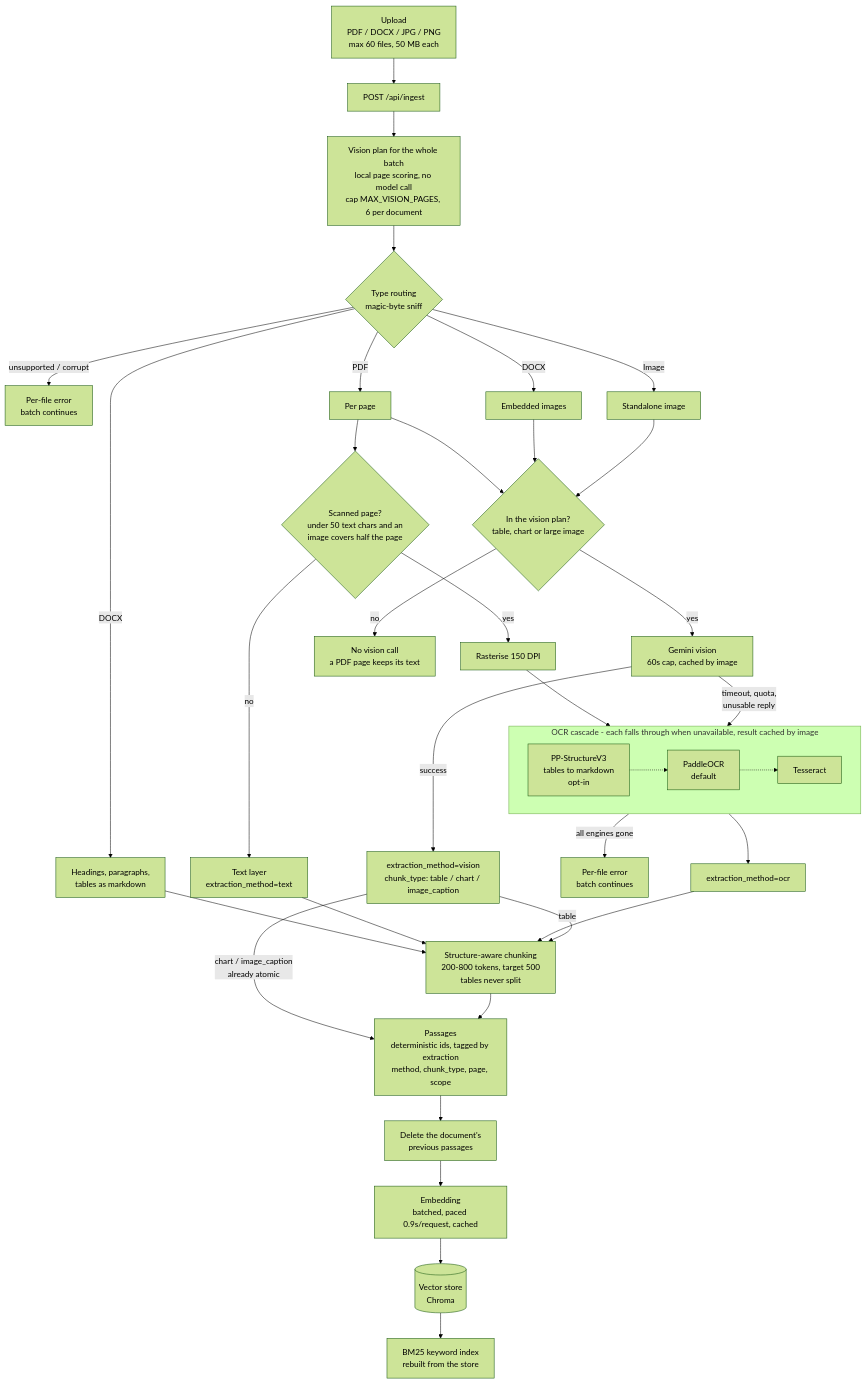
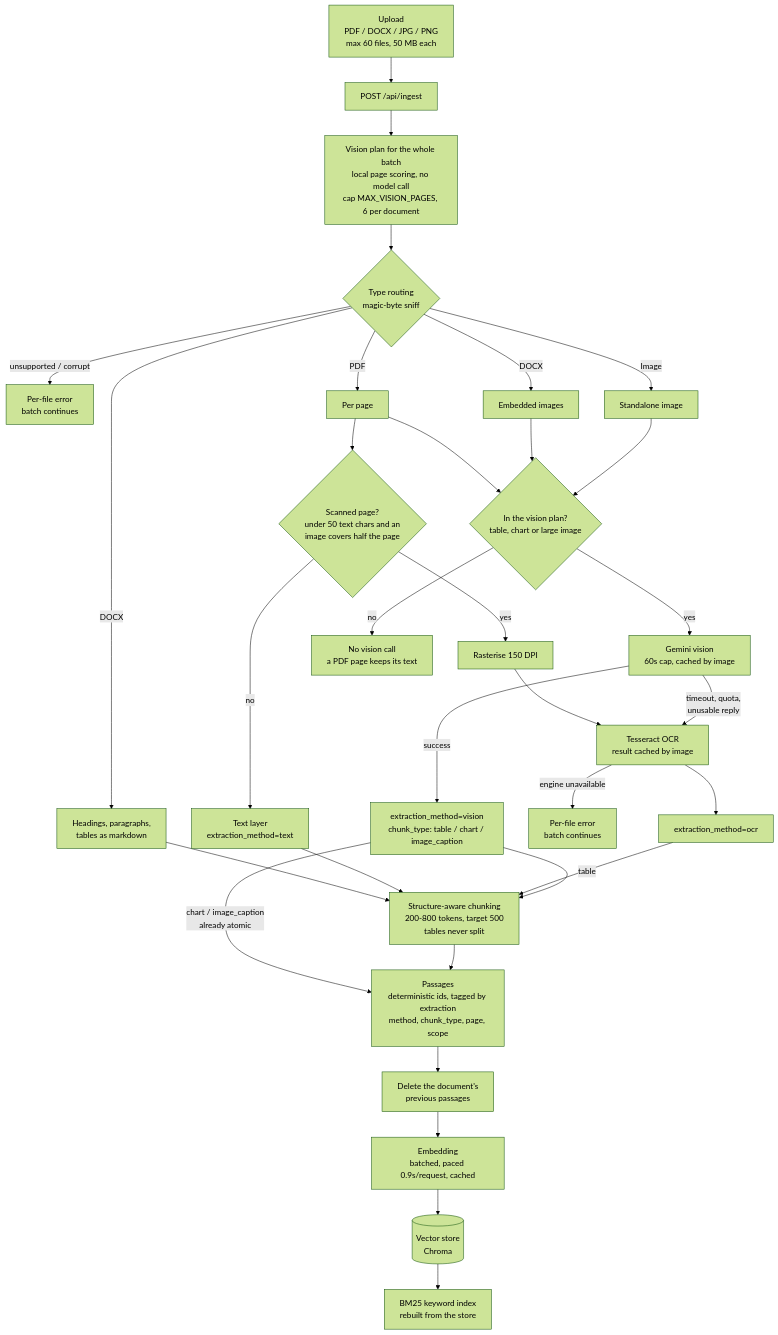
Before and after one commit to ikeshavvarshney/RAG-System: the first of 3 diagrams in docs/03-system-architecture.md, drawn with Mermaid (forest theme). The commit also changed other lines of this file and 14 other files, not shown here.

Commit message:
refactor: remove PaddleOCR and use Tesseract as the only OCR engine

````diff
--- a/docs/03-system-architecture.md
+++ b/docs/03-system-architecture.md
@@ -9,45 +9,42 @@
 ```mermaid
 flowchart TD
     UP["Upload<br/>PDF / DOCX / JPG / PNG<br/>max 60 files, 50 MB each"]
     EP["POST /api/ingest"]
     PLAN["Vision plan for the whole batch<br/>local page scoring, no model call<br/>cap MAX_VISION_PAGES, 6 per document"]
     ROUTE{"Type routing<br/>magic-byte sniff"}
     UP --> EP --> PLAN --> ROUTE
     ROUTE -->|unsupported / corrupt| SKIP["Per-file error<br/>batch continues"]
 
     ROUTE -->|PDF| PDFPAGE["Per page"]
     ROUTE -->|DOCX| DOCX["Headings, paragraphs,<br/>tables as markdown"]
     ROUTE -->|DOCX| DOCIMG["Embedded images"]
     ROUTE -->|Image| IMG["Standalone image"]
 
     PDFPAGE --> SCAN{"Scanned page?<br/>under 50 text chars and an<br/>image covers half the page"}
     SCAN -->|yes| RENDER["Rasterise 150 DPI"] --> OCR
     SCAN -->|no| TEXT["Text layer<br/>extraction_method=text"]
     PDFPAGE --> SEL{"In the vision plan?<br/>table, chart or large image"}
     DOCIMG --> SEL
     IMG --> SEL
     SEL -->|yes| VLM["Gemini vision<br/>60s cap, cached by image"]
     SEL -->|no| NOVIS["No vision call<br/>a PDF page keeps its text"]
 
     VLM -->|success| VIS["extraction_method=vision<br/>chunk_type: table / chart / image_caption"]
     VLM -->|"timeout, quota,<br/>unusable reply"| OCR
 
-    subgraph OCRCASCADE["OCR cascade - each falls through when unavailable, result cached by image"]
-        direction LR
-        OCR["PP-StructureV3<br/>tables to markdown<br/>opt-in"] -.-> OCR2["PaddleOCR<br/>default"] -.-> OCR3["Tesseract"]
-    end
-    OCR3 -->|all engines gone| FAIL["Per-file error<br/>batch continues"]
-    OCRCASCADE --> OCRD["extraction_method=ocr"]
+    OCR["Tesseract OCR<br/>result cached by image"]
+    OCR -->|engine unavailable| FAIL["Per-file error<br/>batch continues"]
+    OCR --> OCRD["extraction_method=ocr"]
 
     DOCX --> SPLIT
     TEXT --> SPLIT["Structure-aware chunking<br/>200-800 tokens, target 500<br/>tables never split"]
     OCRD --> SPLIT
     VIS -->|"chart / image_caption<br/>already atomic"| CHUNKS
     VIS -->|table| SPLIT
 
     SPLIT --> CHUNKS["Passages<br/>deterministic ids, tagged by extraction<br/>method, chunk_type, page, scope"]
     CHUNKS --> REPLACE["Delete the document's<br/>previous passages"]
     REPLACE --> EMB["Embedding<br/>batched, paced 0.9s/request, cached"]
     EMB --> VS[("Vector store<br/>Chroma")]
     VS --> KW["BM25 keyword index<br/>rebuilt from the store"]
 ```
````
